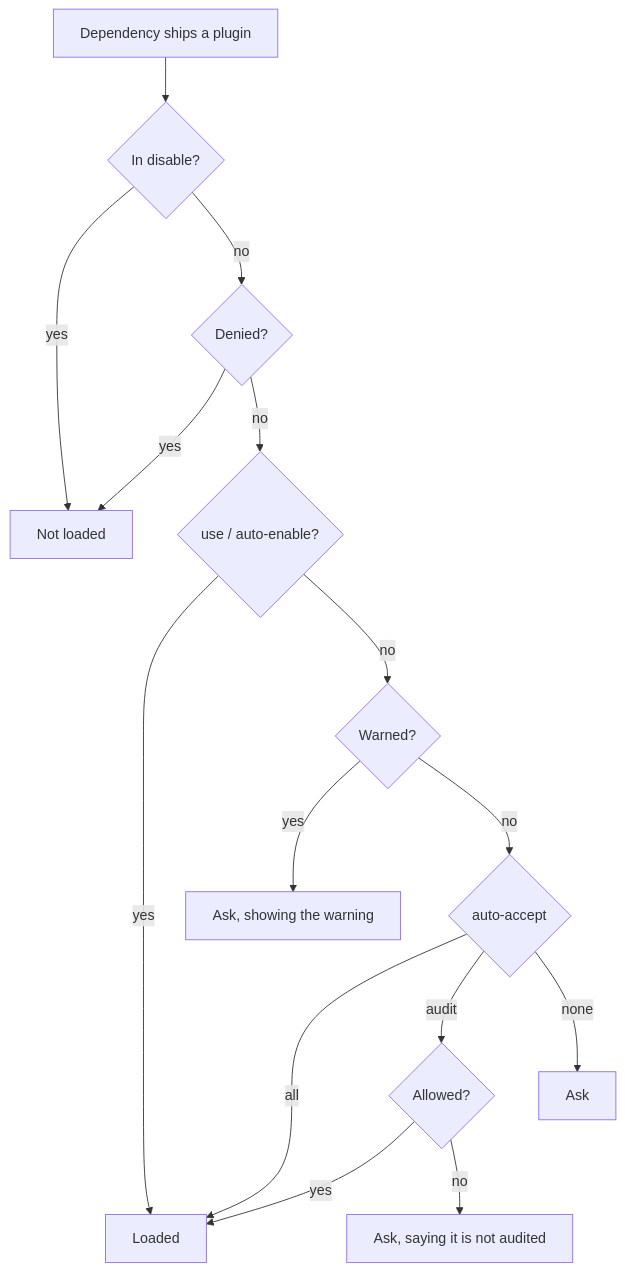
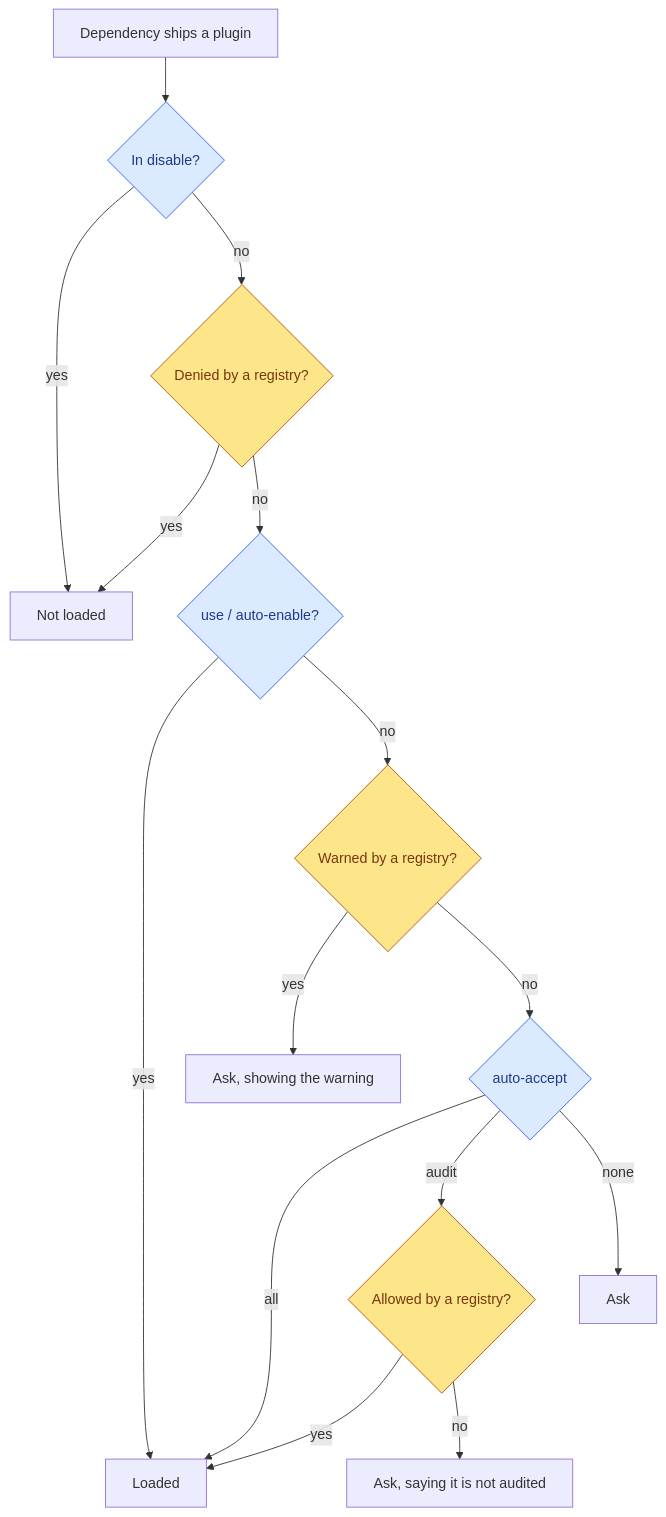
The diagram in md/rfds/plugin-audits/README.md (emiperez95/symposium), drawn with Mermaid before and after one commit. The commit also changed other lines of this file, not shown here.

Commit message:
rfd: color the chart by who decides each step

````diff
--- a/md/rfds/plugin-audits/README.md
+++ b/md/rfds/plugin-audits/README.md
@@ -50,17 +50,22 @@
 ```mermaid
 flowchart TD
     A[Dependency ships a plugin] --> B{In disable?}
     B -- yes --> X[Not loaded]
-    B -- no --> C{Denied?}
+    B -- no --> C{Denied by a registry?}
     C -- yes --> X
     C -- no --> D{use / auto-enable?}
     D -- yes --> L[Loaded]
-    D -- no --> W{Warned?}
+    D -- no --> W{Warned by a registry?}
     W -- yes --> P[Ask, showing the warning]
     W -- no --> E{auto-accept}
     E -- all --> L
-    E -- audit --> F{Allowed?}
+    E -- audit --> F{Allowed by a registry?}
     F -- yes --> L
     F -- no --> Q[Ask, saying it is not audited]
     E -- none --> R[Ask]
+
+    classDef user fill:#dbeafe,stroke:#2563eb,color:#1e3a8a
+    classDef registry fill:#fde68a,stroke:#b45309,color:#78350f
+    class B,D,E user
+    class C,W,F registry
 ```
````
